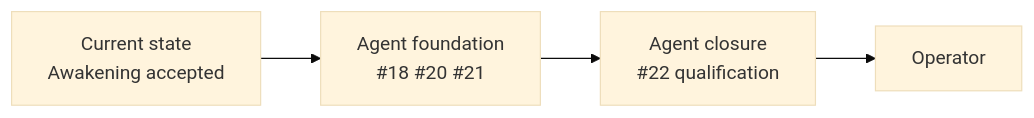
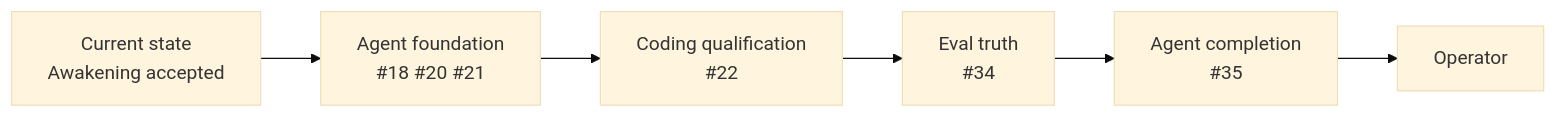
The second of 5 diagrams in docs/03_ROADMAP.md (binhvu284/tobi), drawn with Mermaid (base theme) before and after one commit. The commit also changed other lines of this file and 3 other files, not shown here.

Commit message:
docs(queue): add agent tier completion plan

````diff
--- a/docs/03_ROADMAP.md
+++ b/docs/03_ROADMAP.md
@@ -39,6 +41,8 @@
 ```mermaid
 flowchart LR
   A["Current state\nAwakening accepted"] --> B["Agent foundation\n#18 #20 #21"]
-  B --> C["Agent closure\n#22 qualification"]
-  C --> D["Operator"]
+  B --> C["Coding qualification\n#22"]
+  C --> D["Eval truth\n#34"]
+  D --> E["Agent completion\n#35"]
+  E --> F["Operator"]
 ```
````
